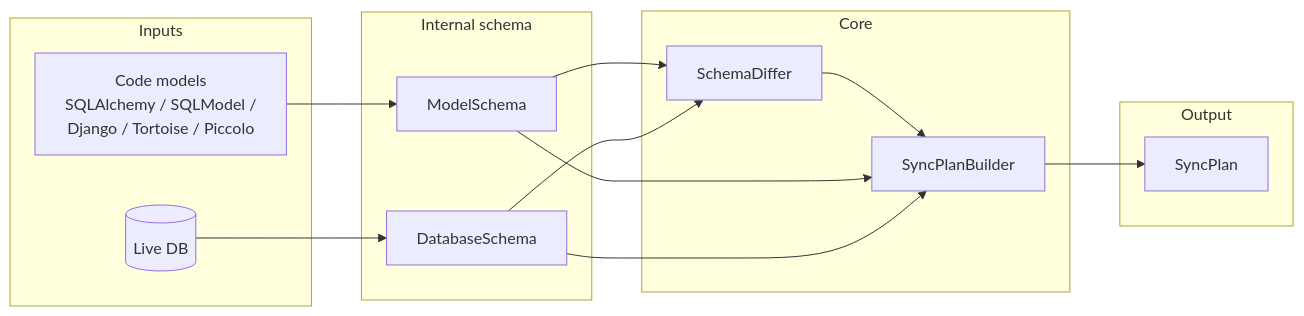
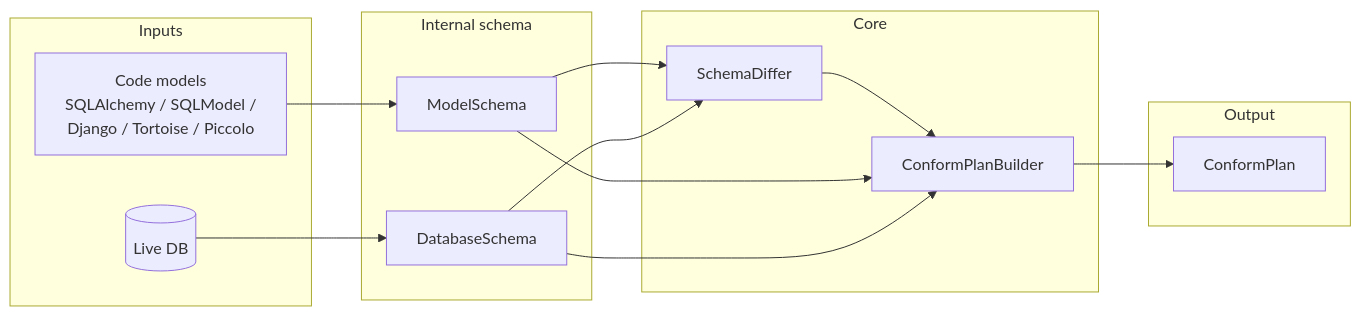
One commit to brian-pond/dbconform changed the diagram in docs/technical/02-architecture.md. Above: the diagram before and after it, drawn with Mermaid. The commit also changed other lines of this file and 63 other files, not shown here.

````diff
--- a/docs/technical/02-architecture.md
+++ b/docs/technical/02-architecture.md
@@ -32,26 +32,26 @@
 ```mermaid
 flowchart LR
   subgraph inputs [Inputs]
     Models[Code models\nSQLAlchemy / SQLModel /\nDjango / Tortoise / Piccolo]
     DB[(Live DB)]
   end
   subgraph internal [Internal schema]
     MS[ModelSchema]
     DS[DatabaseSchema]
   end
   subgraph core [Core]
     Diff[SchemaDiffer]
-    Plan[SyncPlanBuilder]
+    Plan[ConformPlanBuilder]
   end
   subgraph output [Output]
-    PlanOut[SyncPlan]
+    PlanOut[ConformPlan]
   end
   Models --> MS
   DB --> DS
   MS --> Diff
   DS --> Diff
   Diff --> Plan
   MS --> Plan
   DS --> Plan
   Plan --> PlanOut
 ```
````
